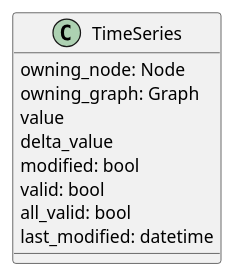
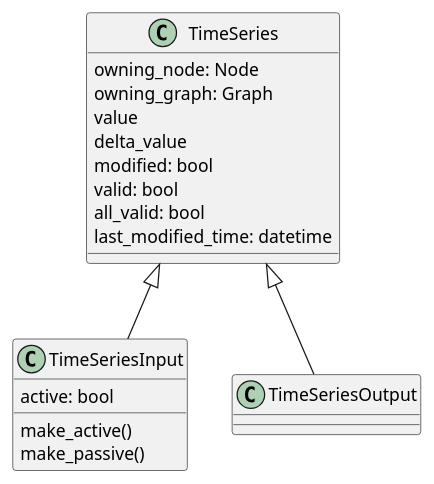
One commit to hhenson/hgraph changed the third of 3 diagrams in docs/source/concepts/time_series_types.rst. Above: the diagram before and after it, drawn with PlantUML. The commit also changed other lines of this file and 34 other files, not shown here.

```diff
--- a/docs/source/concepts/time_series_types.rst
+++ b/docs/source/concepts/time_series_types.rst
@@ -78,14 +88,23 @@
 .. plantuml::
 
     @startuml
     class TimeSeries {
         owning_node: Node
         owning_graph: Graph
         value
         delta_value
         modified: bool
         valid: bool
         all_valid: bool
-        last_modified: datetime
+        last_modified_time: datetime
     }
+
+    class TimeSeriesInput {
+        active: bool
+        make_active()
+        make_passive()
+    }
+
+    TimeSeries <|-- TimeSeriesInput
+    TimeSeries <|-- TimeSeriesOutput
     @enduml
```
